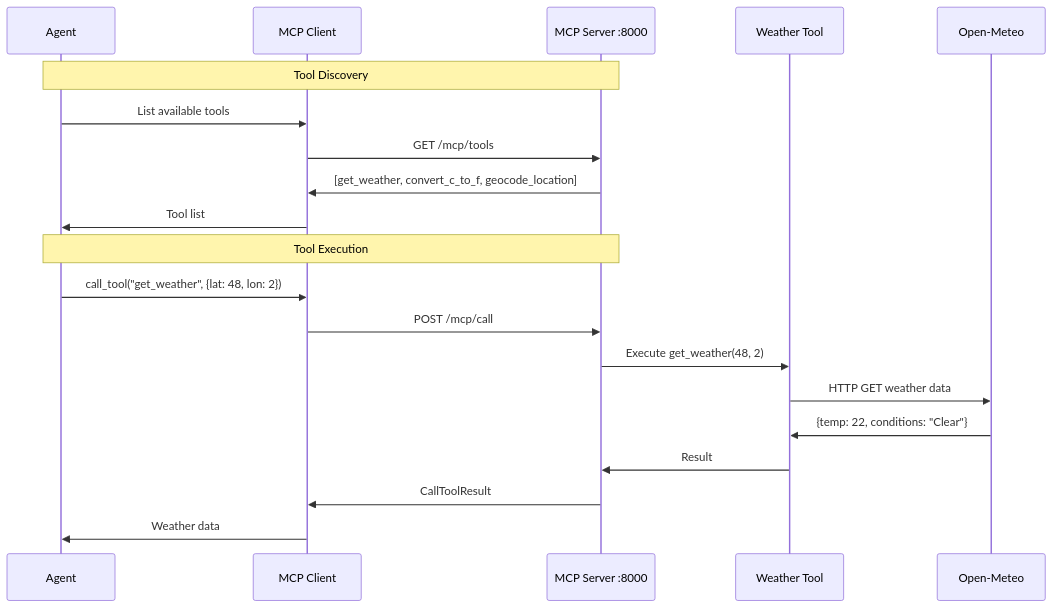
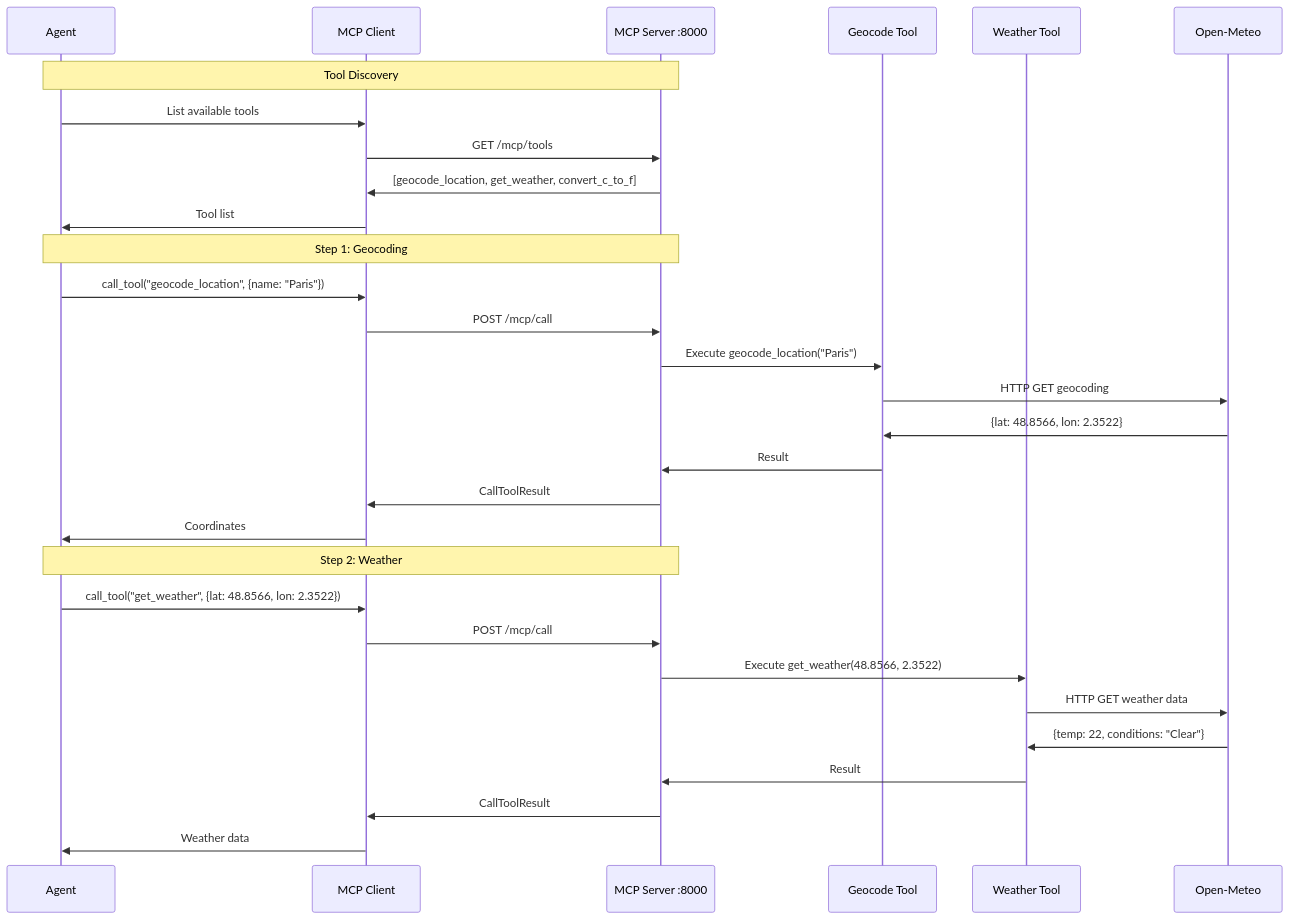
The third of 4 diagrams in docs/architecture-lab3.md (skillrepos/ai-3in1), drawn with Mermaid before and after one commit. The commit also changed 2 other files, not shown here.

Commit message:
various updates

````diff
--- a/docs/architecture-lab3.md
+++ b/docs/architecture-lab3.md
@@ -63,24 +63,35 @@
 ```mermaid
 sequenceDiagram
     participant Agent
     participant Client as MCP Client
     participant Server as MCP Server :8000
-    participant Tool as Weather Tool
+    participant GeoTool as Geocode Tool
+    participant WeatherTool as Weather Tool
     participant API as Open-Meteo
 
     Note over Agent,Server: Tool Discovery
     Agent->>Client: List available tools
     Client->>Server: GET /mcp/tools
-    Server->>Client: [get_weather, convert_c_to_f, geocode_location]
+    Server->>Client: [geocode_location, get_weather, convert_c_to_f]
     Client->>Agent: Tool list
 
-    Note over Agent,Server: Tool Execution
-    Agent->>Client: call_tool("get_weather", {lat: 48, lon: 2})
+    Note over Agent,Server: Step 1: Geocoding
+    Agent->>Client: call_tool("geocode_location", {name: "Paris"})
     Client->>Server: POST /mcp/call
-    Server->>Tool: Execute get_weather(48, 2)
-    Tool->>API: HTTP GET weather data
-    API->>Tool: {temp: 22, conditions: "Clear"}
-    Tool->>Server: Result
+    Server->>GeoTool: Execute geocode_location("Paris")
+    GeoTool->>API: HTTP GET geocoding
+    API->>GeoTool: {lat: 48.8566, lon: 2.3522}
+    GeoTool->>Server: Result
+    Server->>Client: CallToolResult
+    Client->>Agent: Coordinates
+
+    Note over Agent,Server: Step 2: Weather
+    Agent->>Client: call_tool("get_weather", {lat: 48.8566, lon: 2.3522})
+    Client->>Server: POST /mcp/call
+    Server->>WeatherTool: Execute get_weather(48.8566, 2.3522)
+    WeatherTool->>API: HTTP GET weather data
+    API->>WeatherTool: {temp: 22, conditions: "Clear"}
+    WeatherTool->>Server: Result
     Server->>Client: CallToolResult
     Client->>Agent: Weather data
 ```
````
